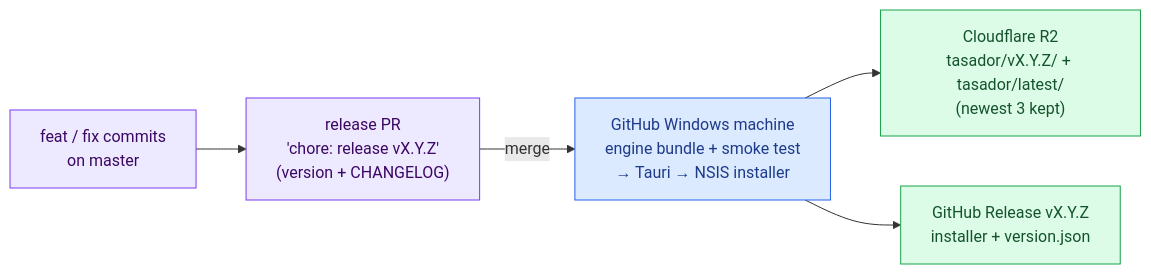
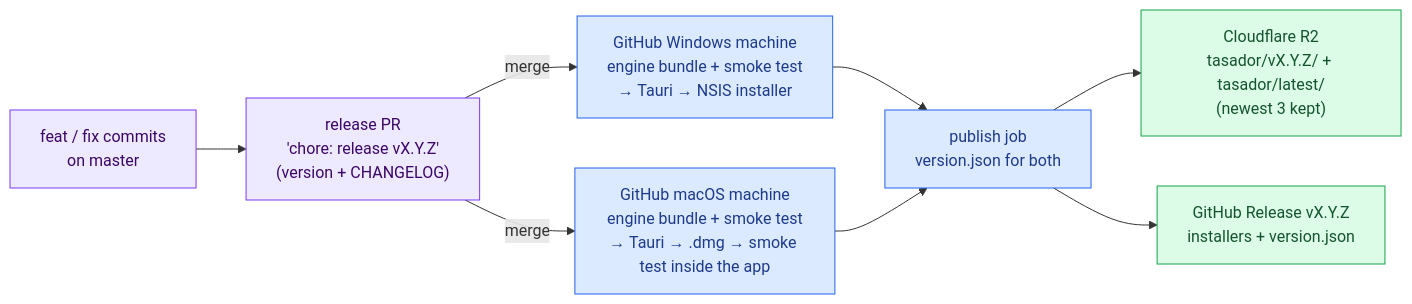
One commit to luisenriquecgongora/tasador changed the eighth of 8 diagrams in README.md. Above: the diagram before and after it, drawn with Mermaid. The commit also changed other lines of this file, not shown here.

Commit message:
docs(docs): describe the macOS download

````diff
--- a/README.md
+++ b/README.md
@@ -572,19 +573,22 @@
 ```mermaid
 flowchart LR
     commits["feat / fix commits<br/>on master"]
     pr["release PR<br/>'chore: release vX.Y.Z'<br/>(version + CHANGELOG)"]
     build["GitHub Windows machine<br/>engine bundle + smoke test<br/>→ Tauri → NSIS installer"]
+    buildmac["GitHub macOS machine<br/>engine bundle + smoke test<br/>→ Tauri → .dmg → smoke test inside the app"]
+    publish["publish job<br/>version.json for both"]
     r2["Cloudflare R2<br/>tasador/vX.Y.Z/ + tasador/latest/<br/>(newest 3 kept)"]
-    gh["GitHub Release vX.Y.Z<br/>installer + version.json"]
+    gh["GitHub Release vX.Y.Z<br/>installers + version.json"]
 
-    commits --> pr -- "merge" --> build
-    build --> r2
-    build --> gh
+    commits --> pr -- "merge" --> build & buildmac
+    build & buildmac --> publish
+    publish --> r2
+    publish --> gh
 
     classDef input fill:#ede9fe,stroke:#7c3aed,color:#3b0764
     classDef ours fill:#dbeafe,stroke:#2563eb,color:#1e3a8a
     classDef output fill:#dcfce7,stroke:#16a34a,color:#14532d
     class commits,pr input
-    class build ours
+    class build,buildmac,publish ours
     class r2,gh output
 ```
````
